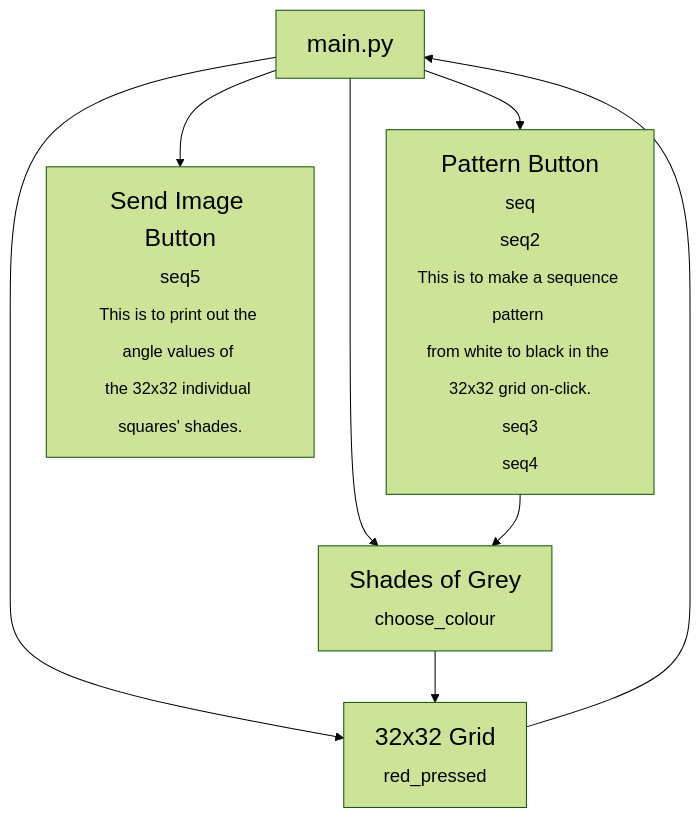
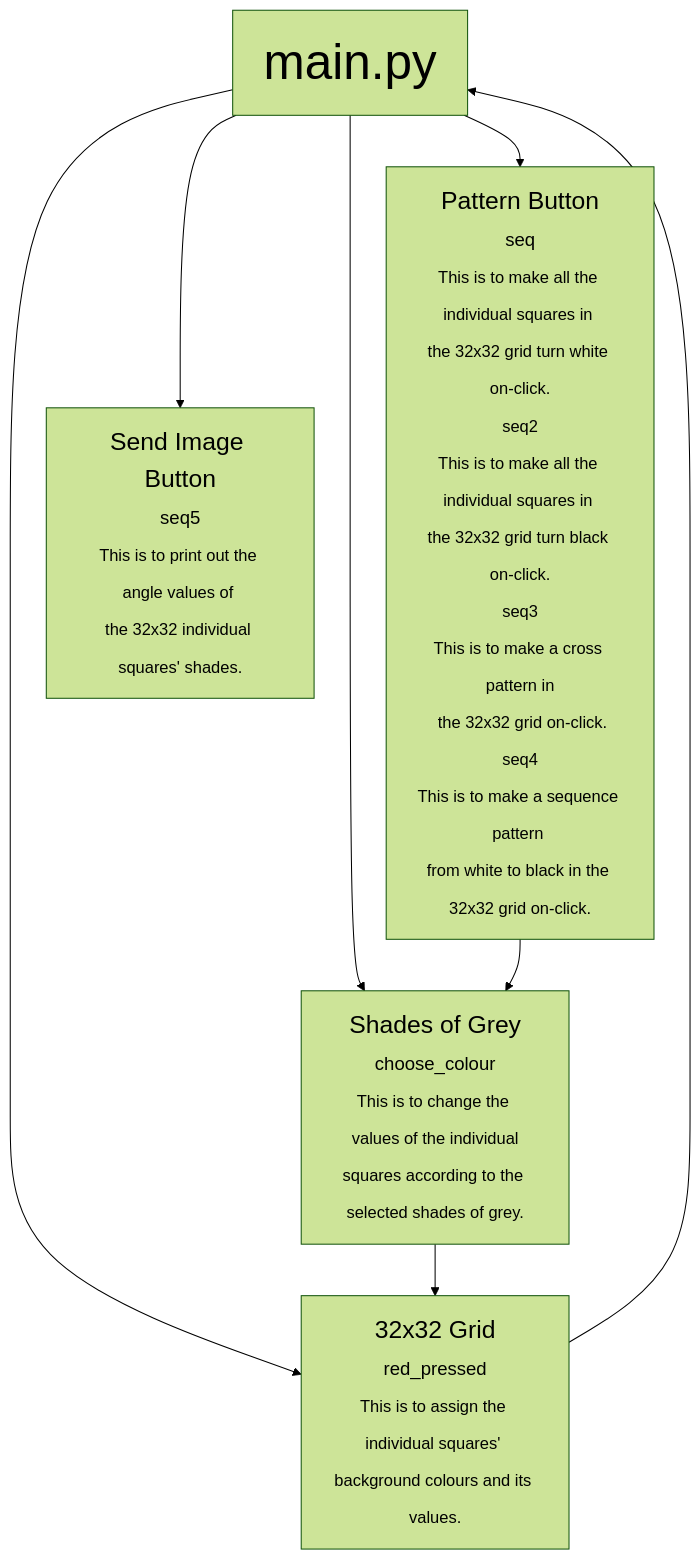
The diagram in README.md (tlwl19/finalchallenge), drawn with Mermaid (forest theme) before and after one commit.

````diff
--- a/README.md
+++ b/README.md
@@ -103,10 +103,10 @@
 ```mermaid
 graph TD
-A[<font size = 5>main.py] --> B[<font size = 5>Shades of Grey<br><font size = 4>choose_colour]
-A --> C[<font size = 5>32x32 Grid<br><font size = 4>red_pressed]
-A --> D[<font size = 5>Pattern Button<br><font size = 4>seq<br>seq2<br><font size = 3>This is to make a sequence pattern <br>from white to black in the 32x32 grid on-click.<br>seq3<br>seq4]
+A[<font size = 10>main.py] --> B[<font size = 5>Shades of Grey<br><font size = 4>choose_colour<font size = 3><br>This is to change the values of the individual<br>squares according to the selected shades of grey.]
+A --> C[<font size = 5>32x32 Grid<br><font size = 4>red_pressed<font size = 3><br>This is to assign the individual squares' <br>background colours and its values.]
+A --> D[<font size = 5>Pattern Button<br><font size = 4>seq<font size = 3><br>This is to make all the individual squares in <br>the 32x32 grid turn white on-click.<br>seq2<font size = 3><br>This is to make all the individual squares in <br>the 32x32 grid turn black on-click.<font size = 3><br>seq3<font size = 3><br>This is to make a cross pattern in<br> the 32x32 grid on-click.<br>seq4<font size = 3><br>This is to make a sequence pattern <br>from white to black in the 32x32 grid on-click.]
 A --> E[<font size = 5>Send Image Button<br><font size = 4>seq5<font size = 3><br>This is to print out the angle values of <br>the 32x32 individual squares' shades. ]
 C --> A
 B --> C
 D --> B
 ```
````
